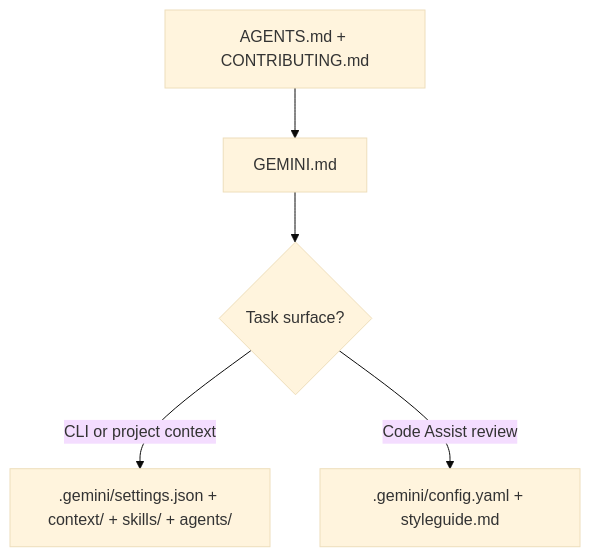
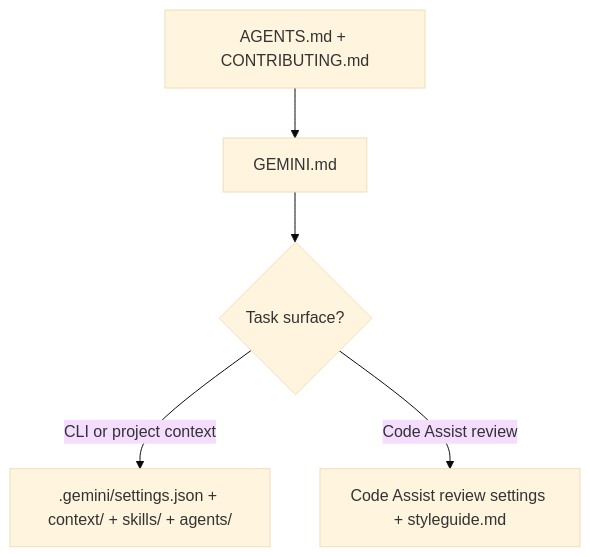
Before and after one commit to ARUP-CAS/aiscr-webamcr: the diagram in GEMINI.md, drawn with Mermaid (base theme). The commit also changed other lines of this file and 90 other files, not shown here.

````diff
--- a/GEMINI.md
+++ b/GEMINI.md
@@ -23,13 +23,13 @@
 ```mermaid
 flowchart TD
   shared["AGENTS.md + CONTRIBUTING.md"]
   entry["GEMINI.md"]
   task{"Task surface?"}
   cli[".gemini/settings.json + context/ + skills/ + agents/"]
-  review[".gemini/config.yaml + styleguide.md"]
+  review["Code Assist review settings + styleguide.md"]
 
   shared --> entry
   entry --> task
   task -->|CLI or project context| cli
   task -->|Code Assist review| review
 ```
````
